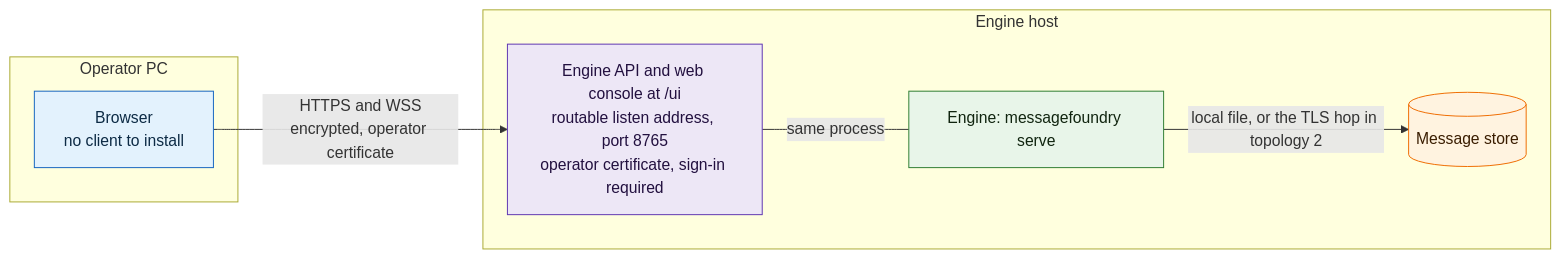
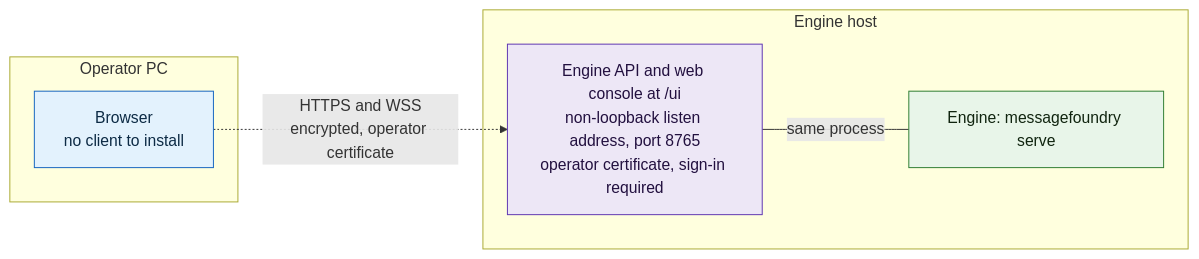
Before and after one commit to MEFORORG/MessageFoundry: the fourth of 4 diagrams in docs/DEPLOYMENT.md, drawn with Mermaid. The commit also changed other lines of this file and 2 other files, not shown here.

First line of the commit message:
docs(deployment): tighten the topology diagrams after review round one

````diff
--- a/docs/DEPLOYMENT.md
+++ b/docs/DEPLOYMENT.md
@@ -143,21 +150,18 @@
 ```mermaid
 flowchart LR
   classDef core fill:#e8f5e9,stroke:#2e7d32,color:#10240f;
   classDef api fill:#ede7f6,stroke:#5e35b1,color:#22103f;
-  classDef store fill:#fff3e0,stroke:#ef6c00,color:#3a1d00;
   classDef opstool fill:#e3f2fd,stroke:#1565c0,color:#0d2b45;
 
   subgraph T4PC["Operator PC"]
     T4BROWSER["Browser<br/>no client to install"]:::opstool
   end
 
   subgraph T4HOST["Engine host"]
-    T4API["Engine API and web console at /ui<br/>routable listen address, port 8765<br/>operator certificate, sign-in required"]:::api
+    T4API["Engine API and web console at /ui<br/>non-loopback listen address, port 8765<br/>operator certificate, sign-in required"]:::api
     T4ENGINE["Engine: messagefoundry serve"]:::core
-    T4STORE[("Message store")]:::store
   end
 
-  T4BROWSER -->|"HTTPS and WSS<br/>encrypted, operator certificate"| T4API
+  T4BROWSER -.->|"HTTPS and WSS<br/>encrypted, operator certificate"| T4API
   T4API ---|"same process"| T4ENGINE
-  T4ENGINE -->|"local file, or the TLS hop in topology 2"| T4STORE
 ```
````
